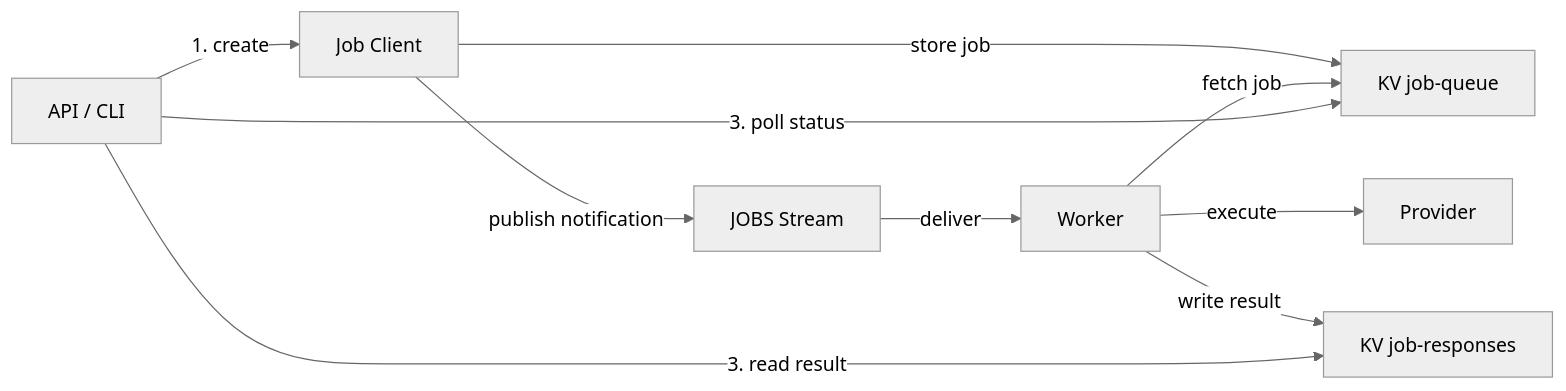
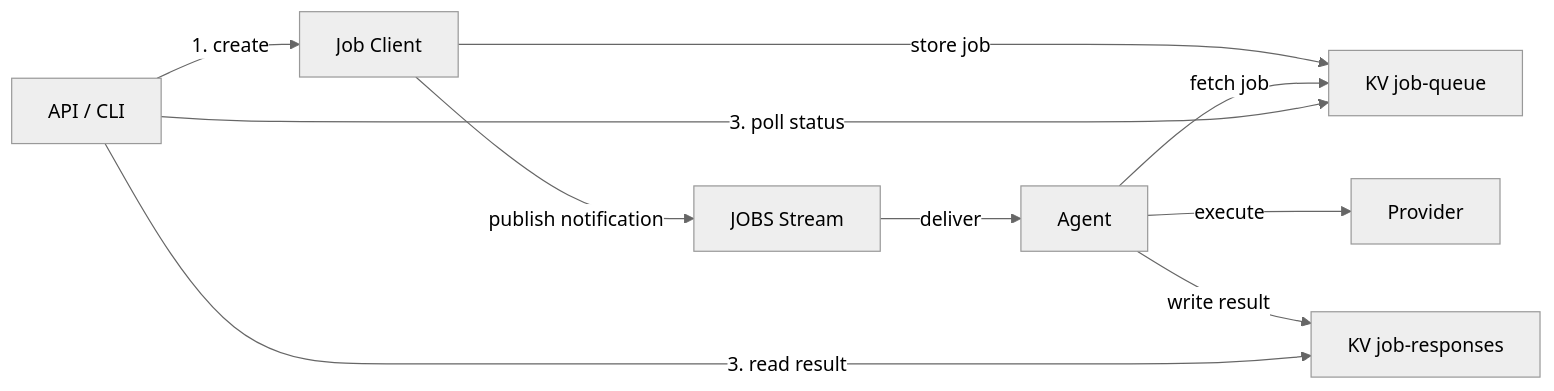
The first of 3 diagrams in docs/docs/sidebar/architecture/job-architecture.md (osapi-io/osapi), drawn with Mermaid (neutral theme) before and after one commit. The commit also changed other lines of this file and 355 other files, not shown here.

````diff
--- a/docs/docs/sidebar/architecture/job-architecture.md
+++ b/docs/docs/sidebar/architecture/job-architecture.md
@@ -53,12 +53,12 @@
 ```mermaid
 graph LR
     A["API / CLI"] -->|1. create| JC["Job Client"]
     JC -->|store job| KV["KV job-queue"]
     JC -->|publish notification| Stream["JOBS Stream"]
-    Stream -->|deliver| Worker
-    Worker -->|fetch job| KV
-    Worker -->|execute| Provider
-    Worker -->|write result| KVR["KV job-responses"]
+    Stream -->|deliver| Agent
+    Agent -->|fetch job| KV
+    Agent -->|execute| Provider
+    Agent -->|write result| KVR["KV job-responses"]
     A -->|3. poll status| KV
     A -->|3. read result| KVR
 ```
````
